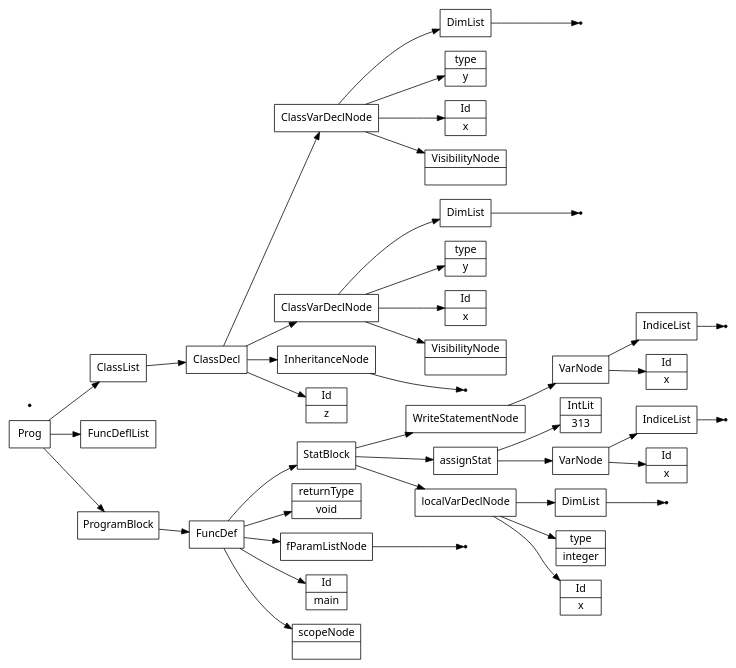
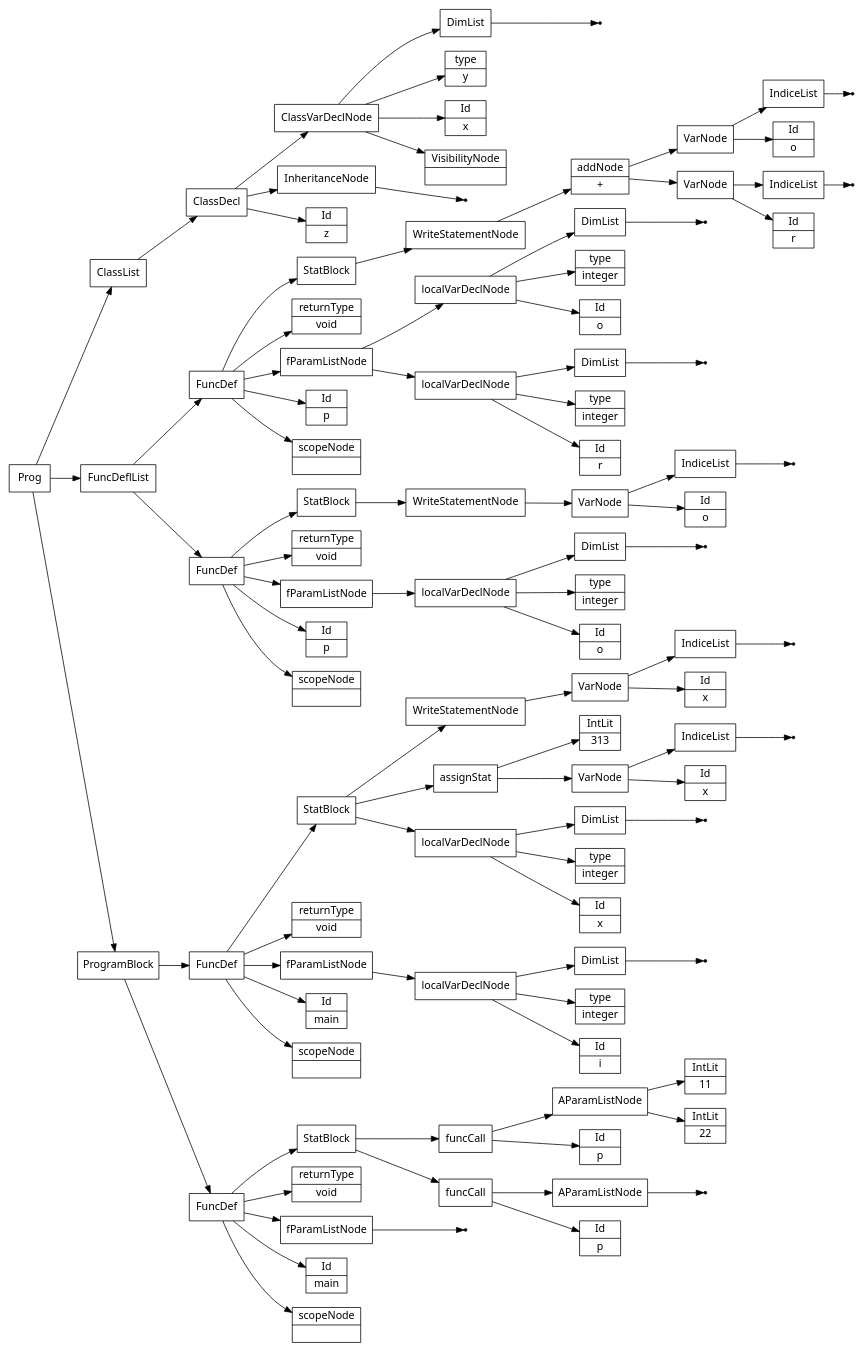
The diagram in files/sandbox.src.ast.dot (Saf1u/Kompiler), drawn with Graphviz before and after one commit. The commit also changed 8 other files, not shown here.

```diff
--- a/files/sandbox.src.ast.dot
+++ b/files/sandbox.src.ast.dot
@@ -16,75 +16,186 @@
 10->6;
 10->5;
 10->4;
-11[label="VisibilityNode|"];
-12[label="Id|x"];
-13[label="type|y"];
+11[label="ClassDecl"];
+11->10;
+11->3;
+11->0;
+13[label="scopeNode| "];
 none15[shape="point"];
-16[label="DimList"];
+16[label="fParamListNode"];
 16->none15;
-17[label="ClassVarDeclNode"];
-17->16;
-17->13;
-17->12;
-17->11;
-18[label="ClassDecl"];
-18->17;
-18->10;
-18->3;
-18->0;
-20[label="scopeNode| "];
-none22[shape="point"];
-23[label="fParamListNode"];
-23->none22;
-24[label="returnType|void"];
-26[label="Id|x"];
-27[label="type|integer"];
-none29[shape="point"];
-30[label="DimList"];
-30->none29;
-31[label="localVarDeclNode"];
+17[label="returnType|void"];
+19[label="Id|p"];
+none21[shape="point"];
+22[label="AParamListNode"];
+22->none21;
+23[label="funcCall"];
+23->22;
+23->19;
+24[label="Id|p"];
+26[label="IntLit|22"];
+27[label="IntLit|11"];
+28[label="AParamListNode"];
+28->27;
+28->26;
+29[label="funcCall"];
+29->28;
+29->24;
+30[label="StatBlock"];
+30->29;
+30->23;
+31[label="FuncDef"];
+12[label="Id|main"];
 31->30;
-31->27;
-31->26;
-32[label="Id|x"];
-none34[shape="point"];
-35[label="IndiceList"];
-35->none34;
-36[label="VarNode"];
-36->35;
-36->32;
-37[label="IntLit|313"];
-38[label="assignStat"];
-38->37;
-38->36;
-39[label="Id|x"];
-none41[shape="point"];
-42[label="IndiceList"];
-42->none41;
-43[label="VarNode"];
-43->42;
-43->39;
-44[label="WriteStatementNode"];
-44->43;
-45[label="StatBlock"];
-45->44;
-45->38;
-45->31;
-46[label="FuncDef"];
-19[label="Id|main"];
-46->45;
-46->24;
-46->23;
-46->19;
-46->20;
-47[label="ClassList"];
-48[label="FuncDeflList"];
-49[label="Prog"];
-50[label="ProgramBlock"];
-50->46;
-47->18;
-none51[shape="point"];
-49->47;
+31->17;
+31->16;
+31->12;
+31->13;
+33[label="scopeNode| "];
+35[label="Id|i"];
+36[label="type|integer"];
+none38[shape="point"];
+39[label="DimList"];
+39->none38;
+40[label="localVarDeclNode"];
+40->39;
+40->36;
+40->35;
+41[label="fParamListNode"];
+41->40;
+42[label="returnType|void"];
+44[label="Id|x"];
+45[label="type|integer"];
+none47[shape="point"];
+48[label="DimList"];
+48->none47;
+49[label="localVarDeclNode"];
 49->48;
-49->50;
+49->45;
+49->44;
+50[label="Id|x"];
+none52[shape="point"];
+53[label="IndiceList"];
+53->none52;
+54[label="VarNode"];
+54->53;
+54->50;
+55[label="IntLit|313"];
+56[label="assignStat"];
+56->55;
+56->54;
+57[label="Id|x"];
+none59[shape="point"];
+60[label="IndiceList"];
+60->none59;
+61[label="VarNode"];
+61->60;
+61->57;
+62[label="WriteStatementNode"];
+62->61;
+63[label="StatBlock"];
+63->62;
+63->56;
+63->49;
+64[label="FuncDef"];
+32[label="Id|main"];
+64->63;
+64->42;
+64->41;
+64->32;
+64->33;
+66[label="scopeNode| "];
+68[label="Id|o"];
+69[label="type|integer"];
+none71[shape="point"];
+72[label="DimList"];
+72->none71;
+73[label="localVarDeclNode"];
+73->72;
+73->69;
+73->68;
+74[label="fParamListNode"];
+74->73;
+75[label="returnType|void"];
+77[label="Id|o"];
+none79[shape="point"];
+80[label="IndiceList"];
+80->none79;
+81[label="VarNode"];
+81->80;
+81->77;
+82[label="WriteStatementNode"];
+82->81;
+83[label="StatBlock"];
+83->82;
+84[label="FuncDef"];
+65[label="Id|p"];
+84->83;
+84->75;
+84->74;
+84->65;
+84->66;
+86[label="scopeNode| "];
+88[label="Id|r"];
+89[label="type|integer"];
+none91[shape="point"];
+92[label="DimList"];
+92->none91;
+93[label="localVarDeclNode"];
+93->92;
+93->89;
+93->88;
+94[label="Id|o"];
+95[label="type|integer"];
+none97[shape="point"];
+98[label="DimList"];
+98->none97;
+99[label="localVarDeclNode"];
+99->98;
+99->95;
+99->94;
+100[label="fParamListNode"];
+100->99;
+100->93;
+101[label="returnType|void"];
+103[label="Id|r"];
+none105[shape="point"];
+106[label="IndiceList"];
+106->none105;
+107[label="VarNode"];
+107->106;
+107->103;
+108[label="addNode|+"];
+109[label="Id|o"];
+none111[shape="point"];
+112[label="IndiceList"];
+112->none111;
+113[label="VarNode"];
+113->112;
+113->109;
+108->113;
+108->107;
+114[label="WriteStatementNode"];
+114->108;
+115[label="StatBlock"];
+115->114;
+116[label="FuncDef"];
+85[label="Id|p"];
+116->115;
+116->101;
+116->100;
+116->85;
+116->86;
+117[label="ClassList"];
+118[label="FuncDeflList"];
+119[label="Prog"];
+120[label="ProgramBlock"];
+118->116;
+118->84;
+120->64;
+120->31;
+117->11;
+119->117;
+119->118;
+119->120;
 }
```
